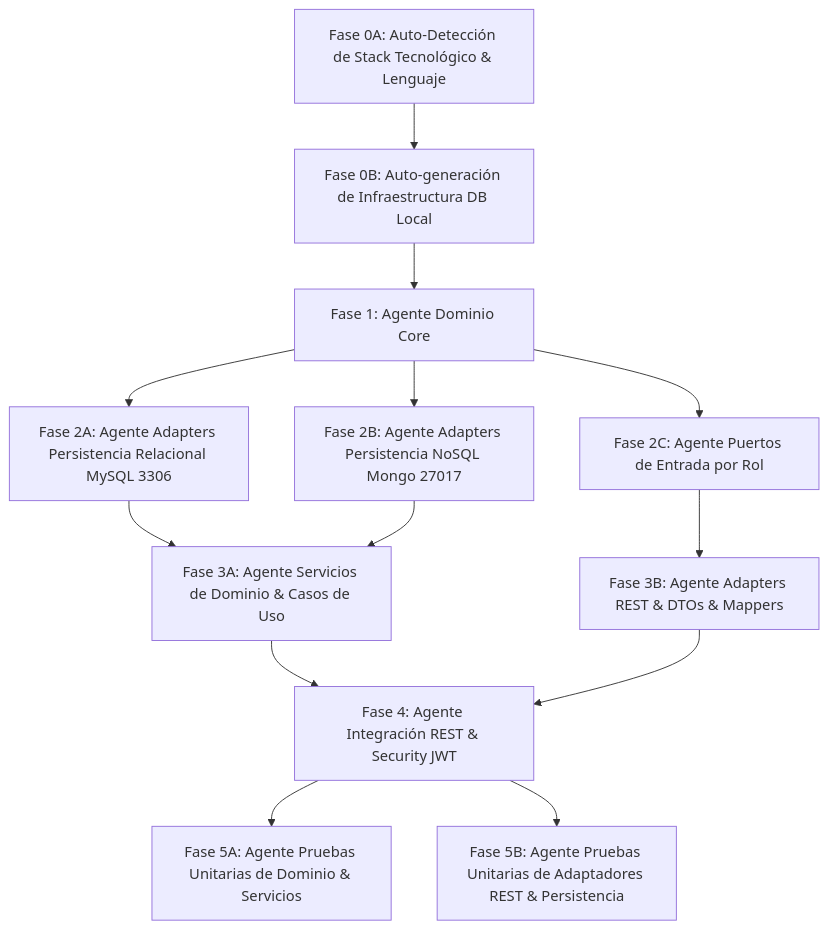
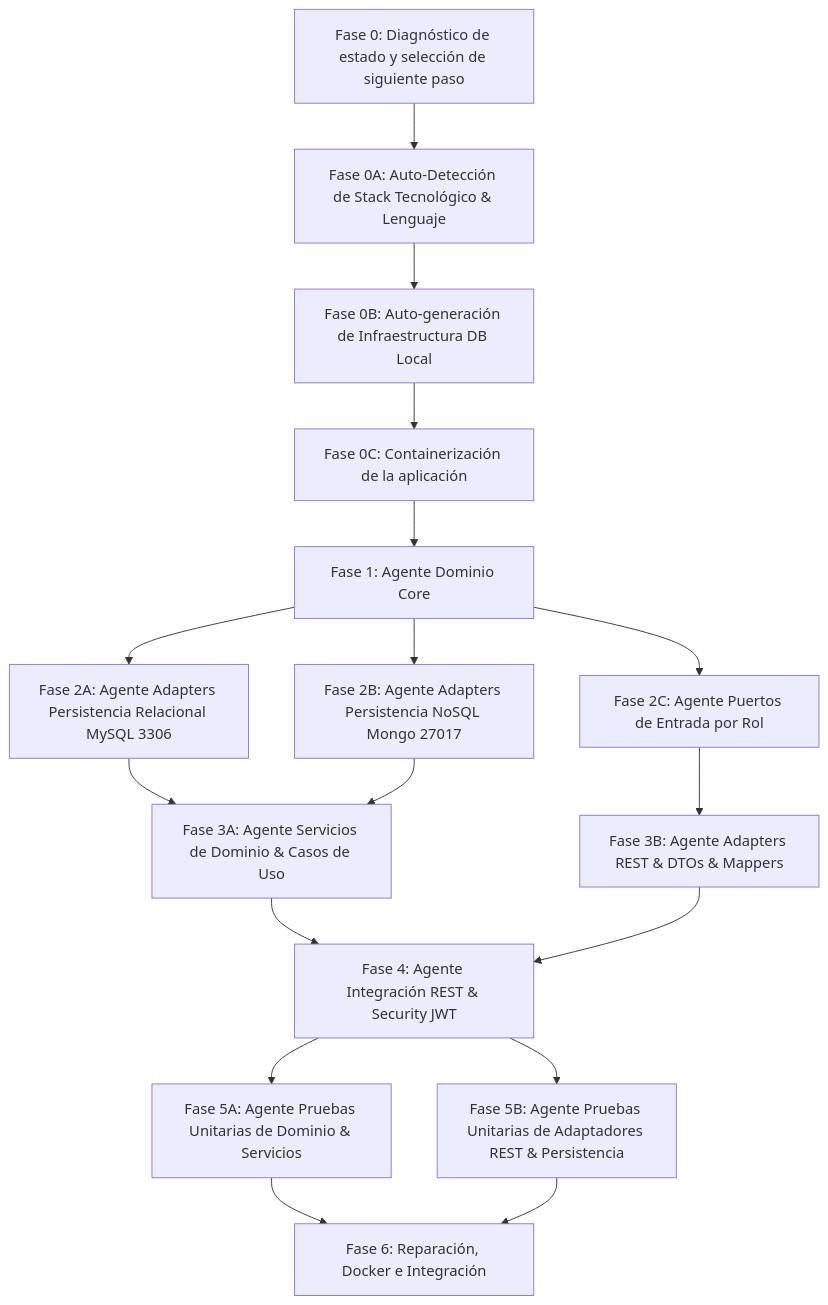
Before and after one commit to andfsanchezag/programacion_web_2026_2: the diagram in SDD/Orchestrator-prompt.md, drawn with Mermaid. The commit also changed other lines of this file and 28 other files, not shown here.

````diff
--- a/SDD/Orchestrator-prompt.md
+++ b/SDD/Orchestrator-prompt.md
@@ -22,18 +28,22 @@
 ```mermaid
 graph TD
+  Sub0S[Fase 0: Diagnóstico de estado y selección de siguiente paso] --> Sub0A[Fase 0A: Auto-detección de stack]
     Sub0A[Fase 0A: Auto-Detección de Stack Tecnológico & Lenguaje] --> Sub0B[Fase 0B: Auto-generación de Infraestructura DB Local]
-    Sub0B --> Sub1[Fase 1: Agente Dominio Core]
+    Sub0B --> Sub0C[Fase 0C: Containerización de la aplicación]
+    Sub0C --> Sub1[Fase 1: Agente Dominio Core]
     Sub1 --> Sub2A[Fase 2A: Agente Adapters Persistencia Relacional MySQL 3306]
     Sub1 --> Sub2B[Fase 2B: Agente Adapters Persistencia NoSQL Mongo 27017]
     Sub1 --> Sub2C[Fase 2C: Agente Puertos de Entrada por Rol]
     
     Sub2A --> Sub3A[Fase 3A: Agente Servicios de Dominio & Casos de Uso]
     Sub2B --> Sub3A
     Sub2C --> Sub3B[Fase 3B: Agente Adapters REST & DTOs & Mappers]
     
     Sub3A --> Sub4[Fase 4: Agente Integración REST & Security JWT]
     Sub3B --> Sub4
     
     Sub4 --> Sub5A[Fase 5A: Agente Pruebas Unitarias de Dominio & Servicios]
     Sub4 --> Sub5B[Fase 5B: Agente Pruebas Unitarias de Adaptadores REST & Persistencia]
+    Sub5A --> Sub6[Fase 6: Reparación, Docker e Integración]
+    Sub5B --> Sub6
 ```
````
